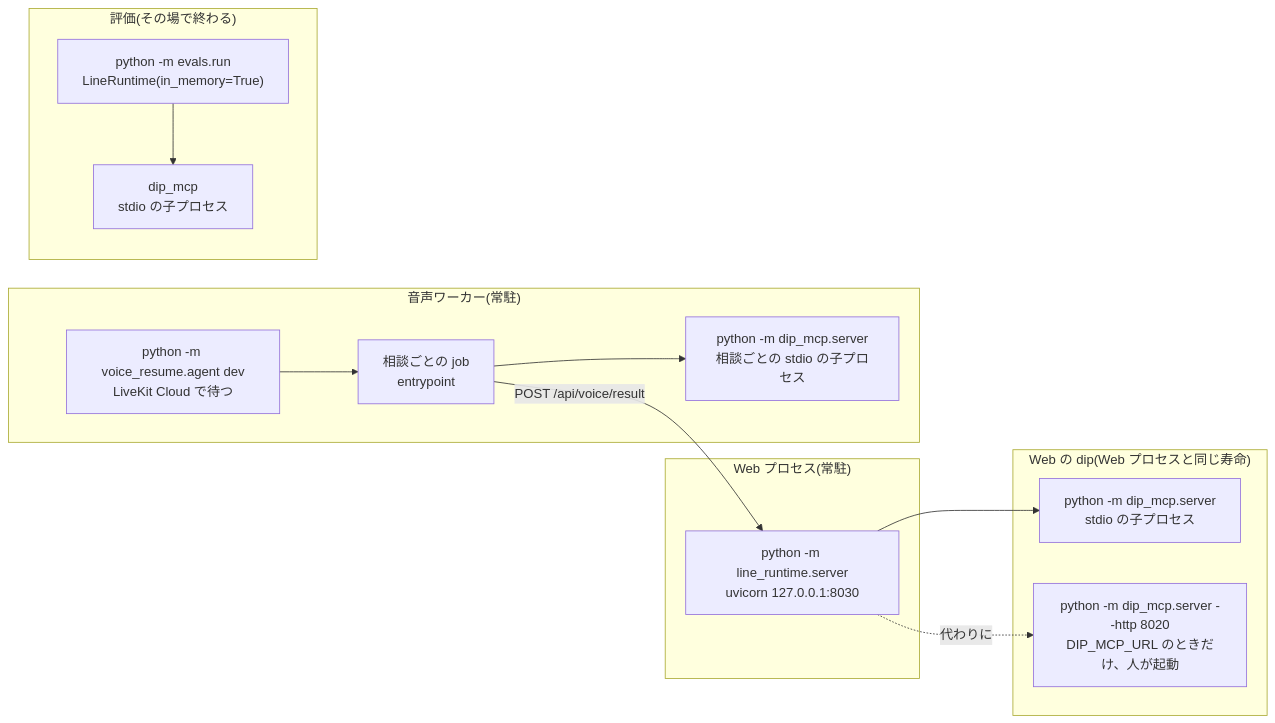
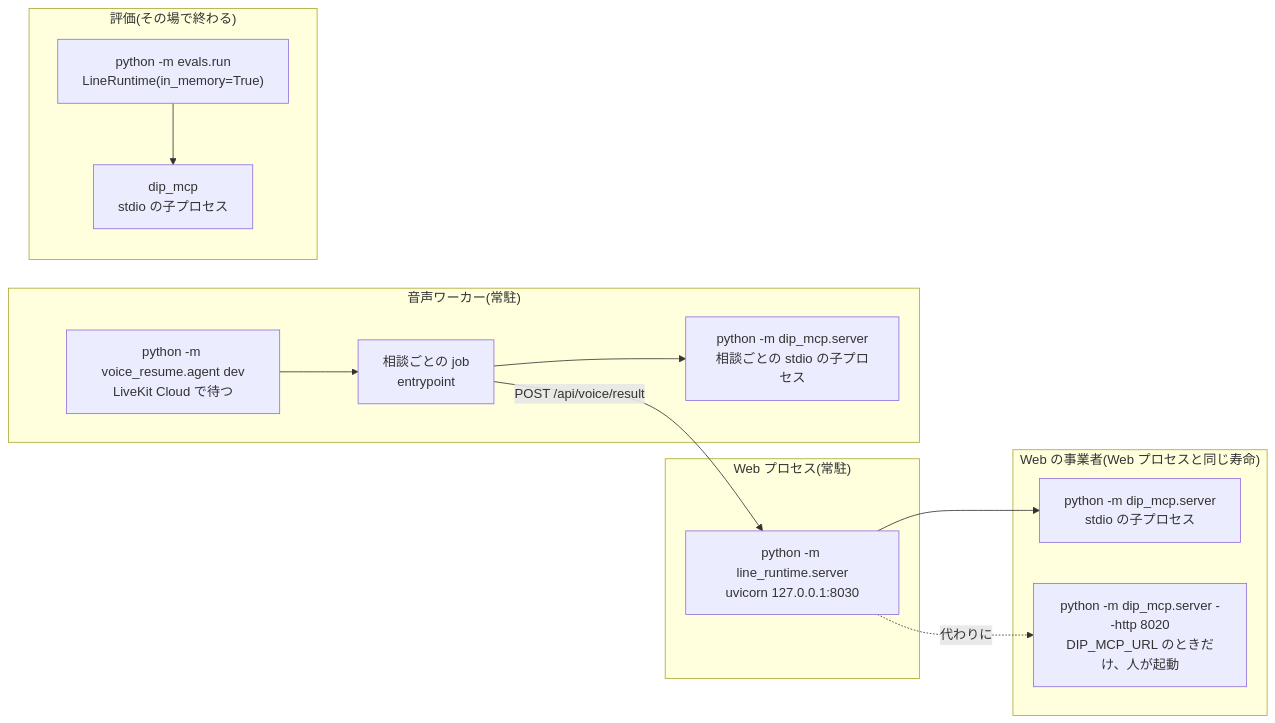
Before and after one commit to jyoka/aica: the fourth of 12 diagrams in docs/architecture/lld.md, drawn with Mermaid. The commit also changed other lines of this file and 51 other files, not shown here.

````diff
--- a/docs/architecture/lld.md
+++ b/docs/architecture/lld.md
@@ -555,24 +555,24 @@
 ```mermaid
 flowchart LR
     subgraph web["Web プロセス(常駐)"]
         app["python -m line_runtime.server<br/>uvicorn 127.0.0.1:8030"]
     end
-    subgraph webdip["Web の dip(Web プロセスと同じ寿命)"]
+    subgraph webdip["Web の事業者(Web プロセスと同じ寿命)"]
         dip1["python -m dip_mcp.server<br/>stdio の子プロセス"]
         dip2["python -m dip_mcp.server --http 8020<br/>DIP_MCP_URL のときだけ、人が起動"]
     end
     subgraph worker["音声ワーカー(常駐)"]
         w["python -m voice_resume.agent dev<br/>LiveKit Cloud で待つ"]
         job["相談ごとの job<br/>entrypoint"]
         dip3["python -m dip_mcp.server<br/>相談ごとの stdio の子プロセス"]
     end
     subgraph evalp["評価(その場で終わる)"]
         ev["python -m evals.run<br/>LineRuntime(in_memory=True)"]
         dip4["dip_mcp<br/>stdio の子プロセス"]
     end
     app --> dip1
     app -. "代わりに" .-> dip2
     w --> job --> dip3
     ev --> dip4
     job -- "POST /api/voice/result" --> app
 ```
````
